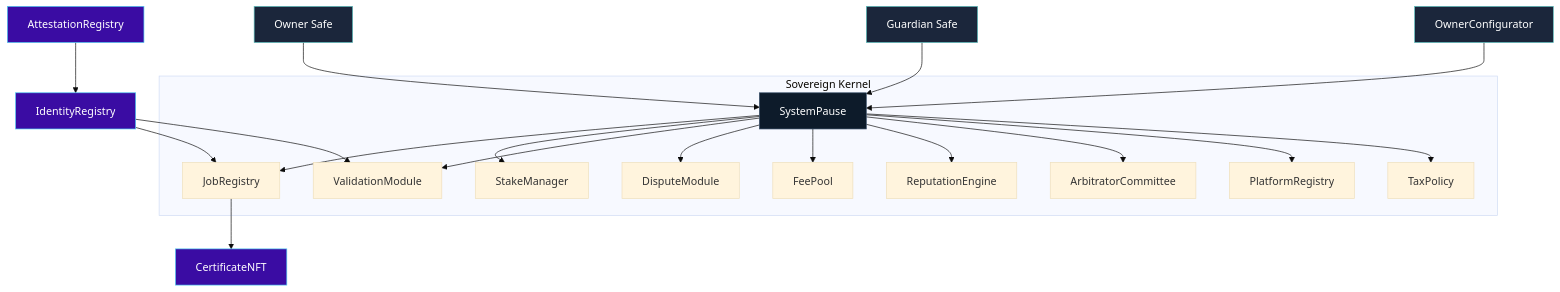
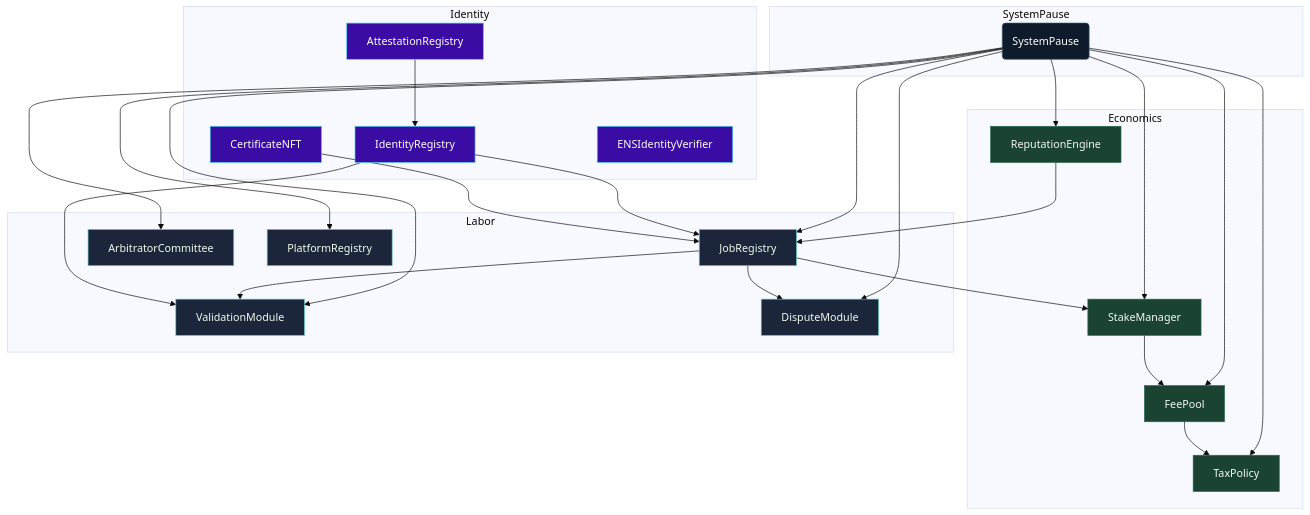
Before and after one commit to MontrealAI/agijobs-sovereign-labor-v0p1: the diagram in contracts/README.md, drawn with Mermaid (base theme). The commit also changed other lines of this file and 7 other files, not shown here.

````diff
--- a/contracts/README.md
+++ b/contracts/README.md
@@ -60,25 +27,47 @@
 ```mermaid
 flowchart TD
-    owner[Owner Safe]:::gov --> pause[SystemPause]:::hub
-    guardian[Guardian Safe]:::gov --> pause
-    configurator[OwnerConfigurator]:::gov --> pause
-    subgraph Sovereign Kernel
-        pause --> job[JobRegistry]
-        pause --> stake[StakeManager]
-        pause --> validate[ValidationModule]
-        pause --> dispute[DisputeModule]
-        pause --> fee[FeePool]
-        pause --> rep[ReputationEngine]
-        pause --> arb[ArbitratorCommittee]
-        pause --> platform[PlatformRegistry]
-        pause --> tax[TaxPolicy]
+    subgraph Hub[SystemPause]
+        pause(SystemPause)
     end
-    identity[IdentityRegistry]:::id --> job
+    subgraph Economics
+        stake[StakeManager]
+        fee[FeePool]
+        tax[TaxPolicy]
+        rep[ReputationEngine]
+    end
+    subgraph Labor
+        job[JobRegistry]
+        validate[ValidationModule]
+        dispute[DisputeModule]
+        committee[ArbitratorCommittee]
+        platform[PlatformRegistry]
+    end
+    subgraph Identity
+        identity[IdentityRegistry]
+        attest[AttestationRegistry]
+        cert[CertificateNFT]
+        ens[ENSIdentityVerifier]
+    end
+
+    pause --> stake & fee & job & validate & dispute & committee & platform & rep & tax
+    stake --> fee
+    fee --> tax
+    job --> stake
+    job --> validate
+    job --> dispute
+    rep --> job
     identity --> validate
-    att[AttestationRegistry]:::id --> identity
-    job --> cert[CertificateNFT]:::id
+    identity --> job
+    attest --> identity
+    cert --> job
 
-    classDef gov fill:#1b263b,stroke:#5bc0be,color:#fff;
     classDef hub fill:#0d1b2a,stroke:#3a506b,color:#fff;
-    classDef id fill:#3a0ca3,stroke:#4cc9f0,color:#fff;
+    classDef econ fill:#1b4332,stroke:#2d6a4f,color:#f1faee;
+    classDef labor fill:#1b263b,stroke:#5bc0be,color:#f1faee;
+    classDef identity fill:#3a0ca3,stroke:#4cc9f0,color:#fff;
+
+    class pause hub;
+    class stake,fee,tax,rep econ;
+    class job,validate,dispute,committee,platform labor;
+    class identity,attest,cert,ens identity;
 ```
````
